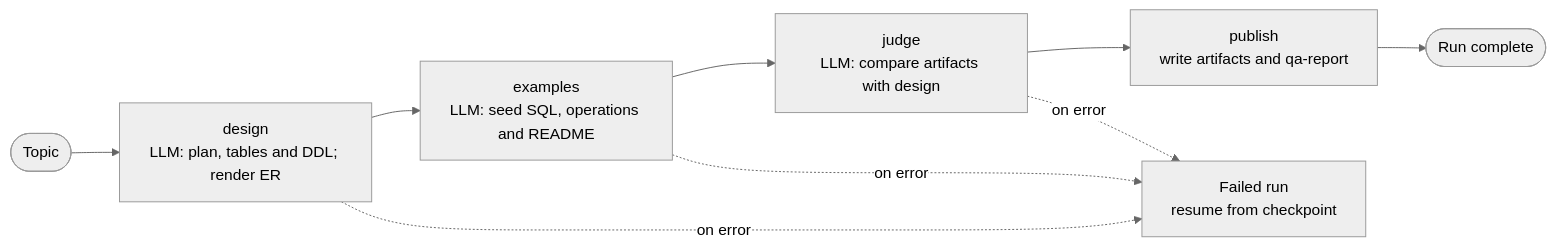
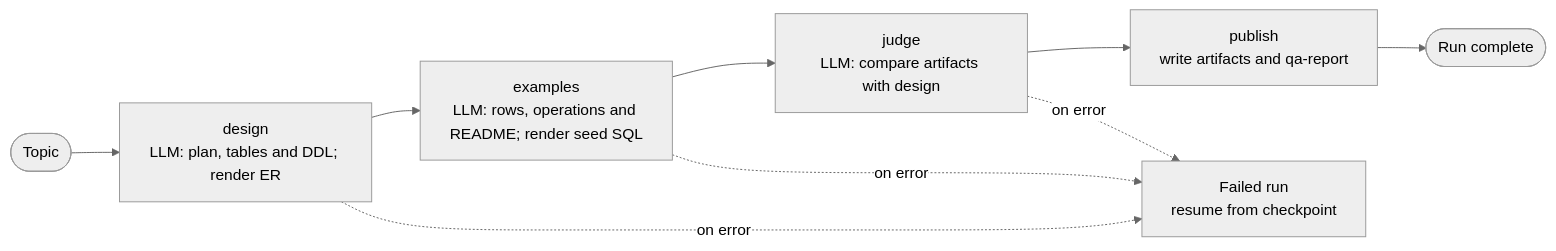
Before and after one commit to edikjs/db-pet-gen: the first of 2 diagrams in README.md, drawn with Mermaid (neutral theme). The commit also changed other lines of this file and 19 other files, not shown here.

Commit message:
refactor(generate): render seed sql from validated rows

````diff
--- a/README.md
+++ b/README.md
@@ -174,11 +174,11 @@
 ```mermaid
 flowchart LR
     T(["Topic"]) --> D["design<br/>LLM: plan, tables and DDL; render ER"]
-    D --> X["examples<br/>LLM: seed SQL, operations and README"]
+    D --> X["examples<br/>LLM: rows, operations and README; render seed SQL"]
     X --> J["judge<br/>LLM: compare artifacts with design"]
     J --> P["publish<br/>write artifacts and qa-report"]
     P --> Z(["Run complete"])
     D -. on error .-> F["Failed run<br/>resume from checkpoint"]
     X -. on error .-> F
     J -. on error .-> F
 ```
````
